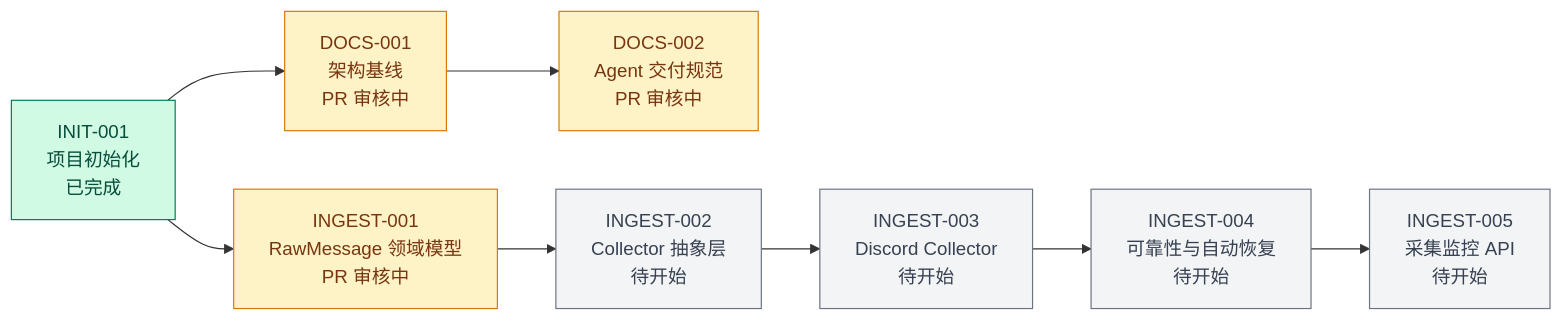
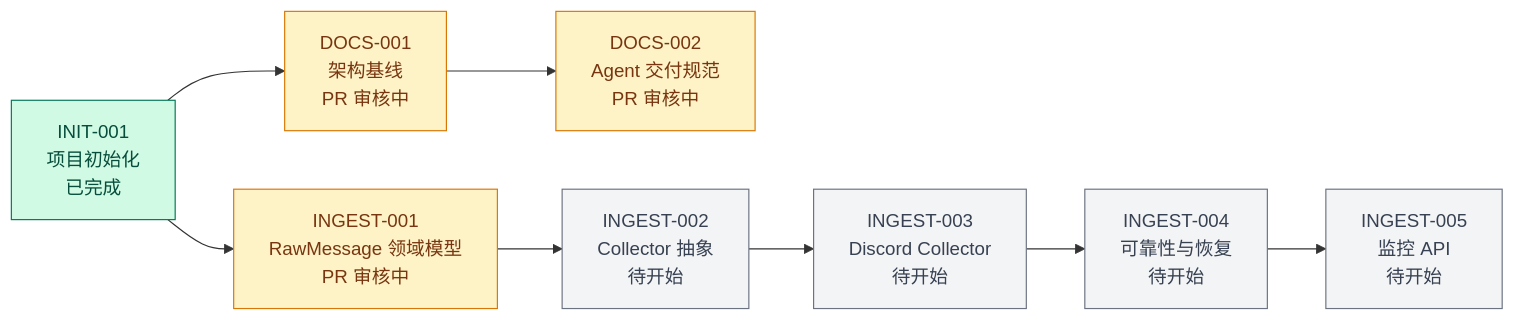
Before and after one commit to norafu-dev/ai-trading: the first of 2 diagrams in docs/PROJECT_STATUS.md, drawn with Mermaid. The commit also changed other lines of this file and 6 other files, not shown here.

````diff
--- a/docs/PROJECT_STATUS.md
+++ b/docs/PROJECT_STATUS.md
@@ -35,22 +35,22 @@
 ```mermaid
 flowchart LR
     INIT["INIT-001<br/>项目初始化<br/>已完成"]
     DOCS1["DOCS-001<br/>架构基线<br/>PR 审核中"]
     INGEST1["INGEST-001<br/>RawMessage 领域模型<br/>PR 审核中"]
     DOCS2["DOCS-002<br/>Agent 交付规范<br/>PR 审核中"]
-    INGEST2["INGEST-002<br/>Collector 抽象层<br/>待开始"]
+    INGEST2["INGEST-002<br/>Collector 抽象<br/>待开始"]
     INGEST3["INGEST-003<br/>Discord Collector<br/>待开始"]
-    INGEST4["INGEST-004<br/>可靠性与自动恢复<br/>待开始"]
-    INGEST5["INGEST-005<br/>采集监控 API<br/>待开始"]
+    INGEST4["INGEST-004<br/>可靠性与恢复<br/>待开始"]
+    INGEST5["INGEST-005<br/>监控 API<br/>待开始"]
 
     INIT --> INGEST1 --> INGEST2 --> INGEST3 --> INGEST4 --> INGEST5
     INIT --> DOCS1 --> DOCS2
 
     classDef done fill:#d1fae5,stroke:#047857,color:#064e3b;
     classDef review fill:#fef3c7,stroke:#d97706,color:#78350f;
     classDef pending fill:#f3f4f6,stroke:#6b7280,color:#374151;
 
     class INIT done;
     class DOCS1,INGEST1,DOCS2 review;
     class INGEST2,INGEST3,INGEST4,INGEST5 pending;
 ```
````
